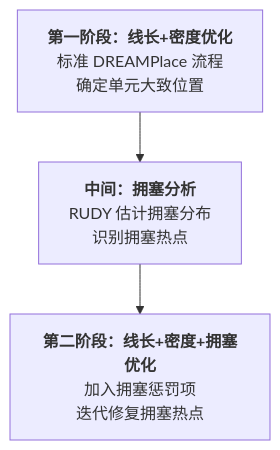
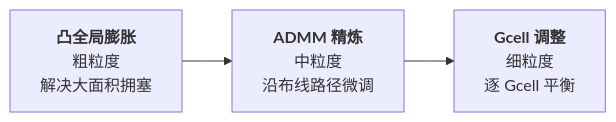
The fourth of 4 diagrams in paper_analysis/day08_RUPlace_Routability_Placement/day8_RUPlace_Routability_Placement.md (Xinyu-lumos/EDA-paper-analysis), drawn with Mermaid before and after one commit. The commit also changed other lines of this file and 1 other file, not shown here.

Commit message:
docs: rewrite Day 8 RUPlace analysis with full paper coverage (ADMM+Wasserstein+bilevel)

````diff
--- a/paper_analysis/day08_RUPlace_Routability_Placement/day8_RUPlace_Routability_Placement.md
+++ b/paper_analysis/day08_RUPlace_Routability_Placement/day8_RUPlace_Routability_Placement.md
@@ -236,5 +717,5 @@
 ```mermaid
-graph TD
-    A["<b>第一阶段：线长+密度优化</b><br/>标准 DREAMPlace 流程<br/>确定单元大致位置"] --> B["<b>中间：拥塞分析</b><br/>RUDY 估计拥塞分布<br/>识别拥塞热点"]
-    B --> C["<b>第二阶段：线长+密度+拥塞优化</b><br/>加入拥塞惩罚项<br/>迭代修复拥塞热点"]
+graph LR
+    A["<b>凸全局膨胀</b><br/>粗粒度<br/>解决大面积拥塞"] --> B["<b>ADMM 精炼</b><br/>中粒度<br/>沿布线路径微调"]
+    B --> C["<b>Gcell 调整</b><br/>细粒度<br/>逐 Gcell 平衡"]
 ```
````
